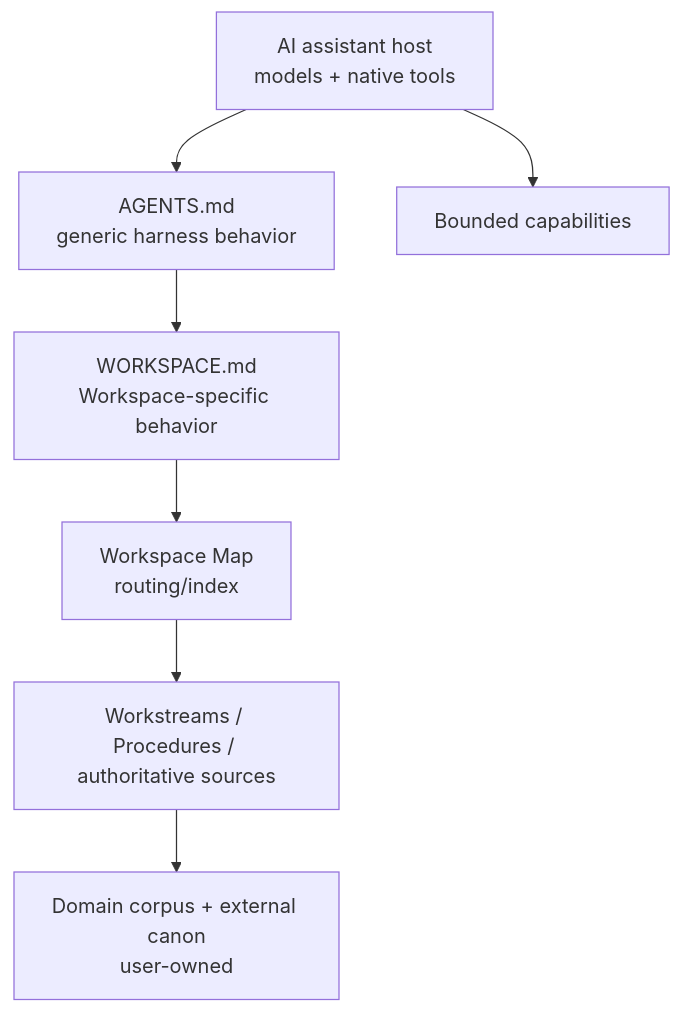
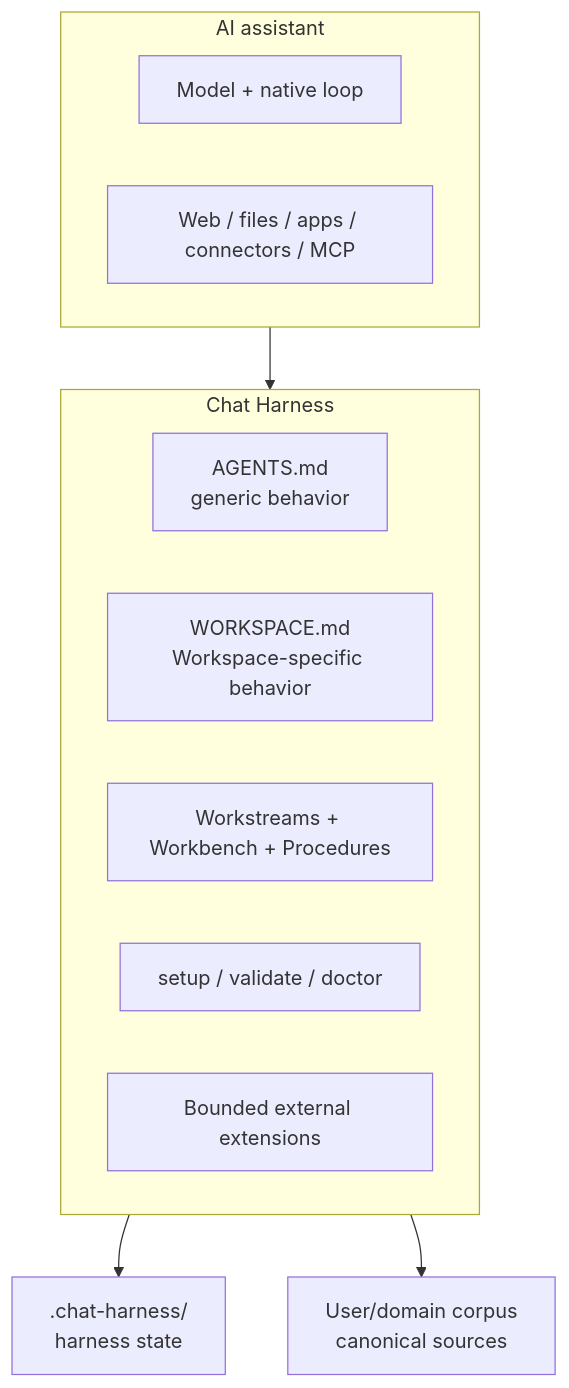
The diagram in docs/architecture.md (carlosboeing/chat-harness), drawn with Mermaid before and after one commit. The commit also changed other lines of this file and 8 other files, not shown here.

````diff
--- a/docs/architecture.md
+++ b/docs/architecture.md
@@ -7,9 +7,19 @@
 ```mermaid
 flowchart TB
-    H["AI assistant host<br/>models + native tools"] --> A["AGENTS.md<br/>generic harness behavior"]
-    A --> W["WORKSPACE.md<br/>Workspace-specific behavior"]
-    W --> M["Workspace Map<br/>routing/index"]
-    M --> S["Workstreams / Procedures / authoritative sources"]
-    S --> O["Domain corpus + external canon<br/>user-owned"]
-    H --> C["Bounded capabilities"]
+    subgraph Host["AI assistant"]
+      M["Model + native loop"]
+      T["Web / files / apps / connectors / MCP"]
+    end
+    subgraph Harness["Chat Harness"]
+      A["AGENTS.md<br/>generic behavior"]
+      W["WORKSPACE.md<br/>Workspace-specific behavior"]
+      S["Workstreams + Workbench + Procedures"]
+      V["setup / validate / doctor"]
+      E["Bounded external extensions"]
+    end
+    C["User/domain corpus<br/>canonical sources"]
+    H[".chat-harness/<br/>harness state"]
+    Host --> Harness
+    Harness --> H
+    Harness --> C
 ```
````
